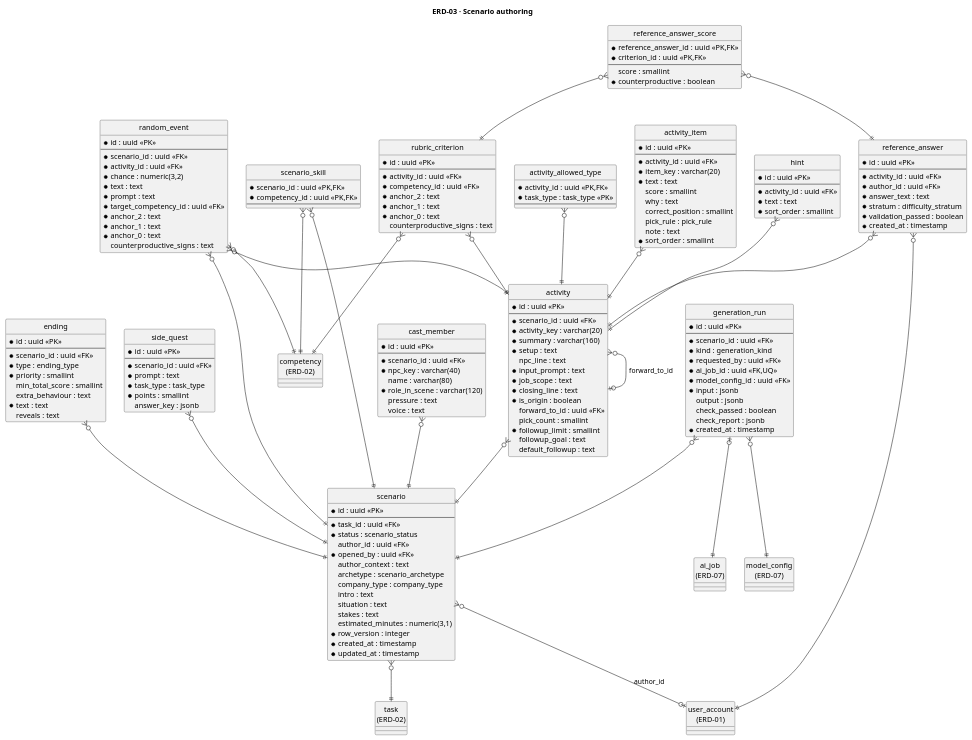
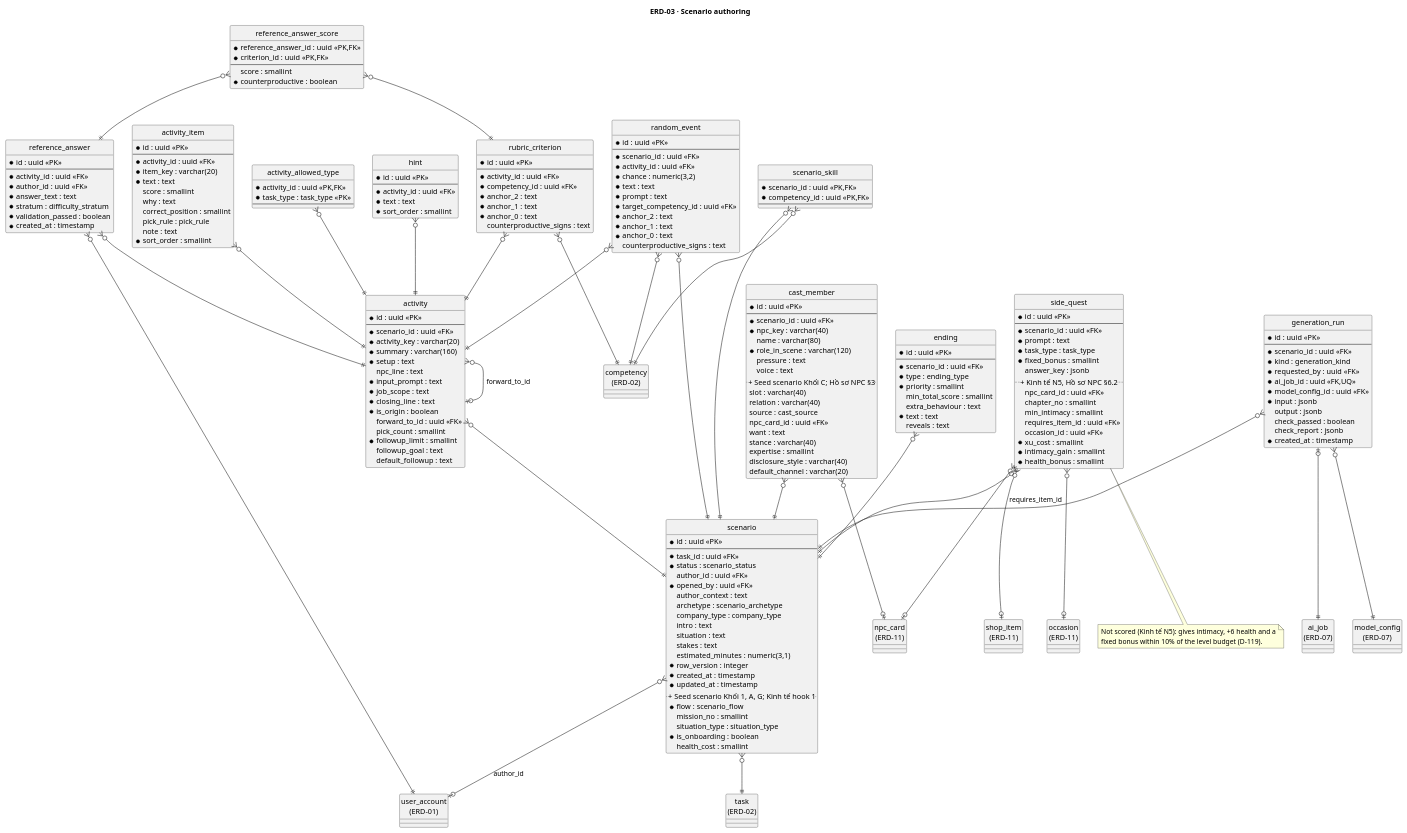
Before and after one commit to The-Golden-Trio/Capstone-Project: the diagram in reports/master/plantuml/erd/ERD-03_ScenarioAuthoring.puml, drawn with PlantUML. The commit also changed 59 other files, not shown here.

```diff
--- a/reports/master/plantuml/erd/ERD-03_ScenarioAuthoring.puml
+++ b/reports/master/plantuml/erd/ERD-03_ScenarioAuthoring.puml
@@ -19,6 +19,12 @@
   * row_version : integer
   * created_at : timestamp
   * updated_at : timestamp
+  .. + Seed scenario Khối 1, A, G; Kinh tế hook 1 ..
+  * flow : scenario_flow
+    mission_no : smallint
+    situation_type : situation_type
+  * is_onboarding : boolean
+    health_cost : smallint
 }
 
 entity "scenario_skill" as scenario_skill {
@@ -36,6 +42,16 @@
   * role_in_scene : varchar(120)
     pressure : text
     voice : text
+  .. + Seed scenario Khối C; Hồ sơ NPC §3 ..
+    slot : varchar(40)
+    relation : varchar(40)
+    source : cast_source
+    npc_card_id : uuid <<FK>>
+    want : text
+    stance : varchar(40)
+    expertise : smallint
+    disclosure_style : varchar(40)
+    default_channel : varchar(20)
 }
 
 entity "activity" as activity {
@@ -129,8 +145,17 @@
   * scenario_id : uuid <<FK>>
   * prompt : text
   * task_type : task_type
-  * points : smallint
+  * fixed_bonus : smallint
     answer_key : jsonb
+  .. + Kinh tế N5, Hồ sơ NPC §6.2 ..
+    npc_card_id : uuid <<FK>>
+    chapter_no : smallint
+    min_intimacy : smallint
+    requires_item_id : uuid <<FK>>
+    occasion_id : uuid <<FK>>
+  * xu_cost : smallint
+  * intimacy_gain : smallint
+  * health_bonus : smallint
 }
 
 entity "generation_run" as generation_run {
@@ -172,6 +197,9 @@
 entity "model_config\n(ERD-07)" as model_config
 entity "task\n(ERD-02)" as task
 entity "user_account\n(ERD-01)" as user_account
+entity "npc_card\n(ERD-11)" as npc_card
+entity "shop_item\n(ERD-11)" as shop_item
+entity "occasion\n(ERD-11)" as occasion
 
 scenario }o--|| task
 scenario }o--o| user_account : author_id
@@ -190,6 +218,15 @@
 random_event }o--|| competency
 ending }o--|| scenario
 side_quest }o--|| scenario
+side_quest }o--o| npc_card
+side_quest }o--o| shop_item : requires_item_id
+side_quest }o--o| occasion
+cast_member }o--o| npc_card
+
+note bottom of side_quest
+  Not scored (Kinh tế N5): gives intimacy, +6 health and a
+  fixed bonus within 10% of the level budget (D-119).
+end note
 generation_run }o--|| scenario
 generation_run |o--|| ai_job
 generation_run }o--|| model_config
```
